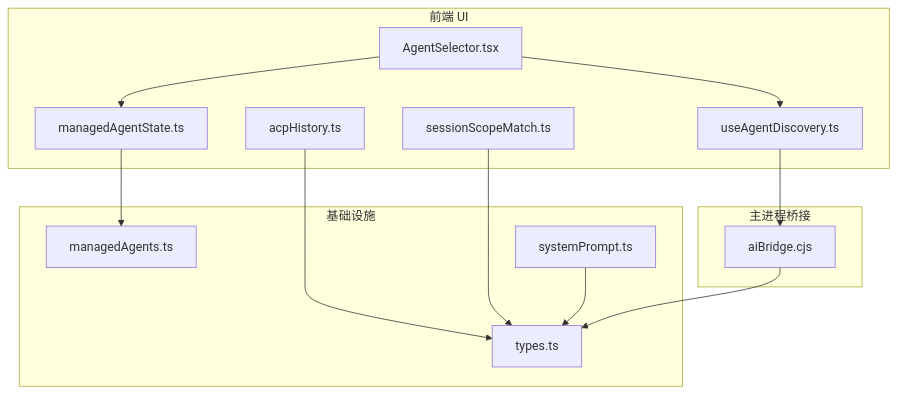
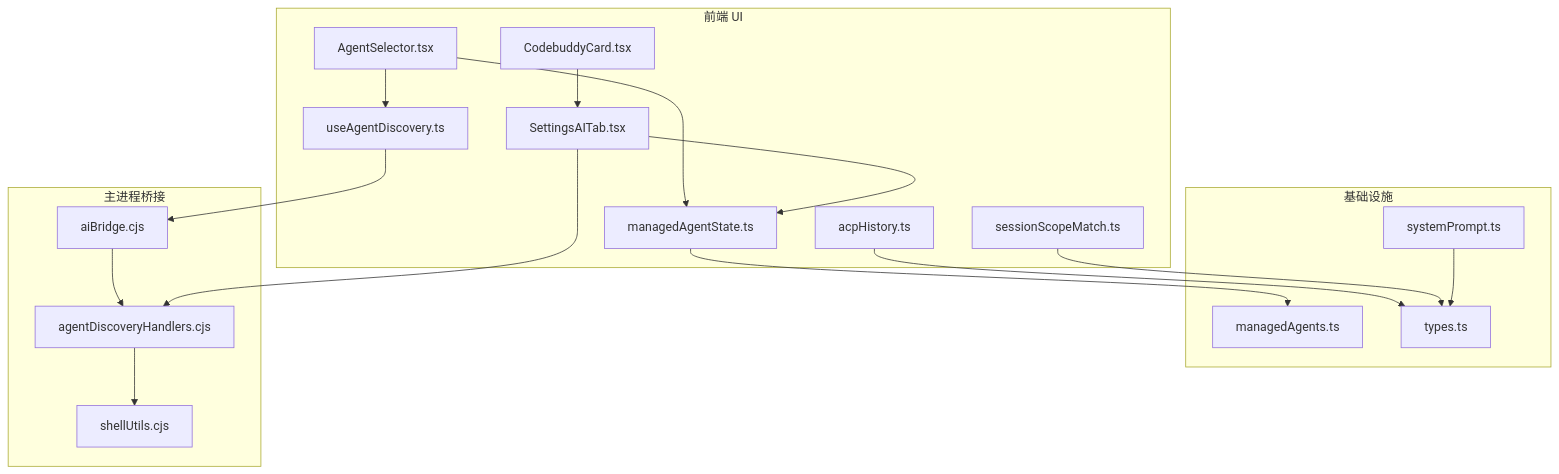
One commit to szeiyou/Netcatty changed the first of 11 diagrams in .qoder/repowiki/zh/content/用户指南/AI代理集成/代理管理.md. Above: the diagram before and after it, drawn with Mermaid. The commit also changed other lines of this file and 8 other files, not shown here.

````diff
--- a/.qoder/repowiki/zh/content/用户指南/AI代理集成/代理管理.md
+++ b/.qoder/repowiki/zh/content/用户指南/AI代理集成/代理管理.md
@@ -46,26 +59,34 @@
 ```mermaid
 graph TB
 subgraph "前端 UI"
 AS["AgentSelector.tsx"]
 MAS["managedAgentState.ts"]
 SSD["useAgentDiscovery.ts"]
 SSM["sessionScopeMatch.ts"]
 AH["acpHistory.ts"]
+SIAT["SettingsAITab.tsx"]
+CBC["CodebuddyCard.tsx"]
 end
 subgraph "基础设施"
 MA["managedAgents.ts"]
 T["types.ts"]
 SP["systemPrompt.ts"]
 end
 subgraph "主进程桥接"
 AB["aiBridge.cjs"]
+ADH["agentDiscoveryHandlers.cjs"]
+SU["shellUtils.cjs"]
 end
 AS --> SSD
 AS --> MAS
 MAS --> MA
 SSD --> AB
 AH --> T
 SSM --> T
 SP --> T
-AB --> T
+AB --> ADH
+ADH --> SU
+SIAT --> MAS
+SIAT --> ADH
+CBC --> SIAT
 ```
````
